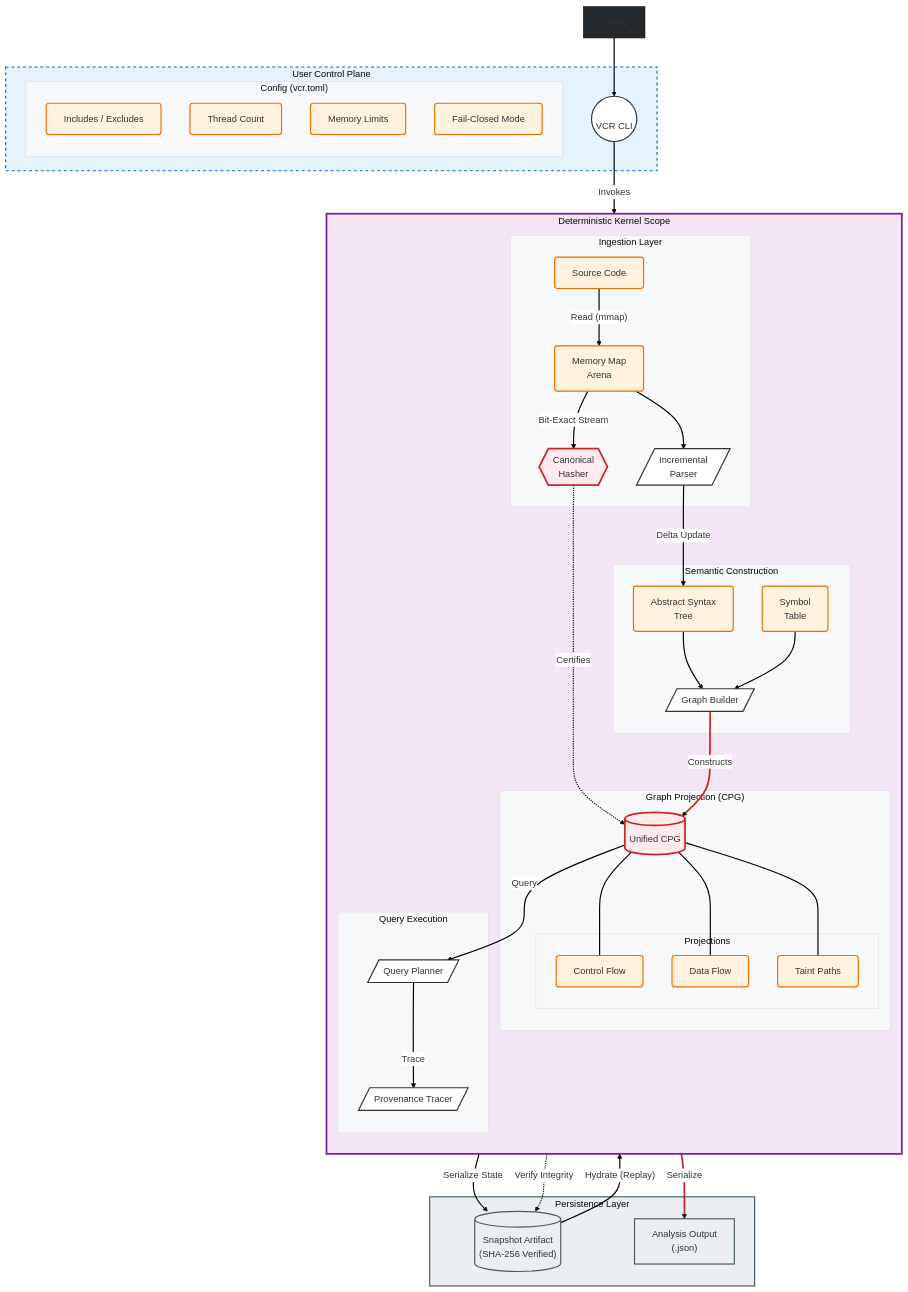
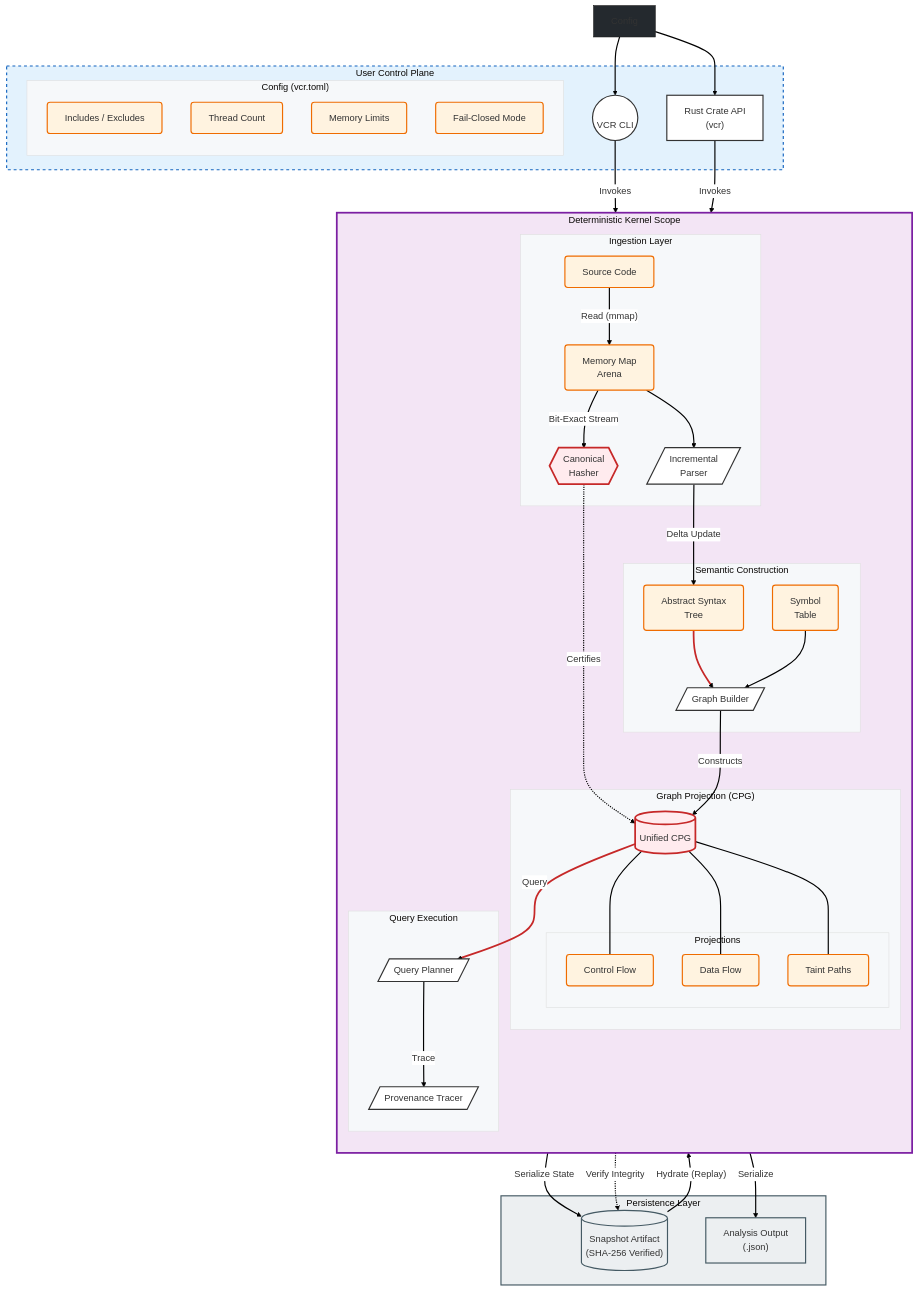
Before and after one commit to varshith-Git/vcr: the diagram in docs/ARCHITECTURE.md, drawn with Mermaid.

Commit message:
Docs: Added Rust Crate API to Architecture Diagram
- Explicitly visualized 'Lib' (Rust Crate API) alongside CLI
- Connected Lib to Config and Parser
- Demonstrates VCR's capability as an embeddable kernel.

```diff
--- a/docs/ARCHITECTURE.md
+++ b/docs/ARCHITECTURE.md
@@ -23,6 +23,7 @@
     %% --- User Space (Control Plane) ---
     subgraph UserSpace ["User Control Plane"]
         CLI(("\n    VCR CLI    \n")):::process
+        Lib["Rust Crate API\n(vcr)"]:::process
         
         subgraph ConfigScope ["Config (vcr.toml)"]
             direction TB
@@ -76,7 +77,9 @@
     
     %% Input
     Config --> CLI
+    Config --> Lib
     CLI -->|"Invokes"| Parser
+    Lib -->|"Invokes"| Parser
     SourceFiles -->|"Read (mmap)"| MMap
     
     %% Phase 1
```
